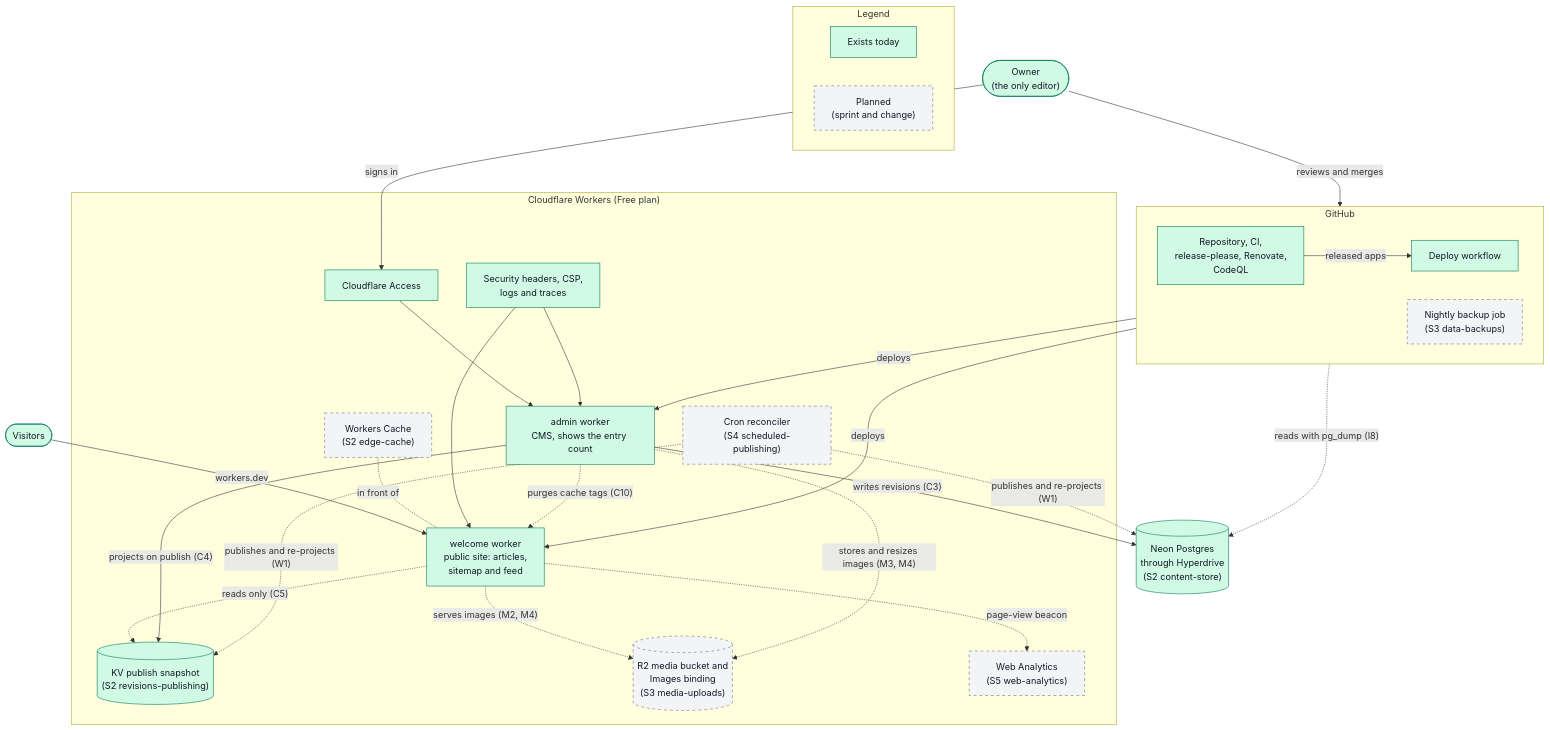
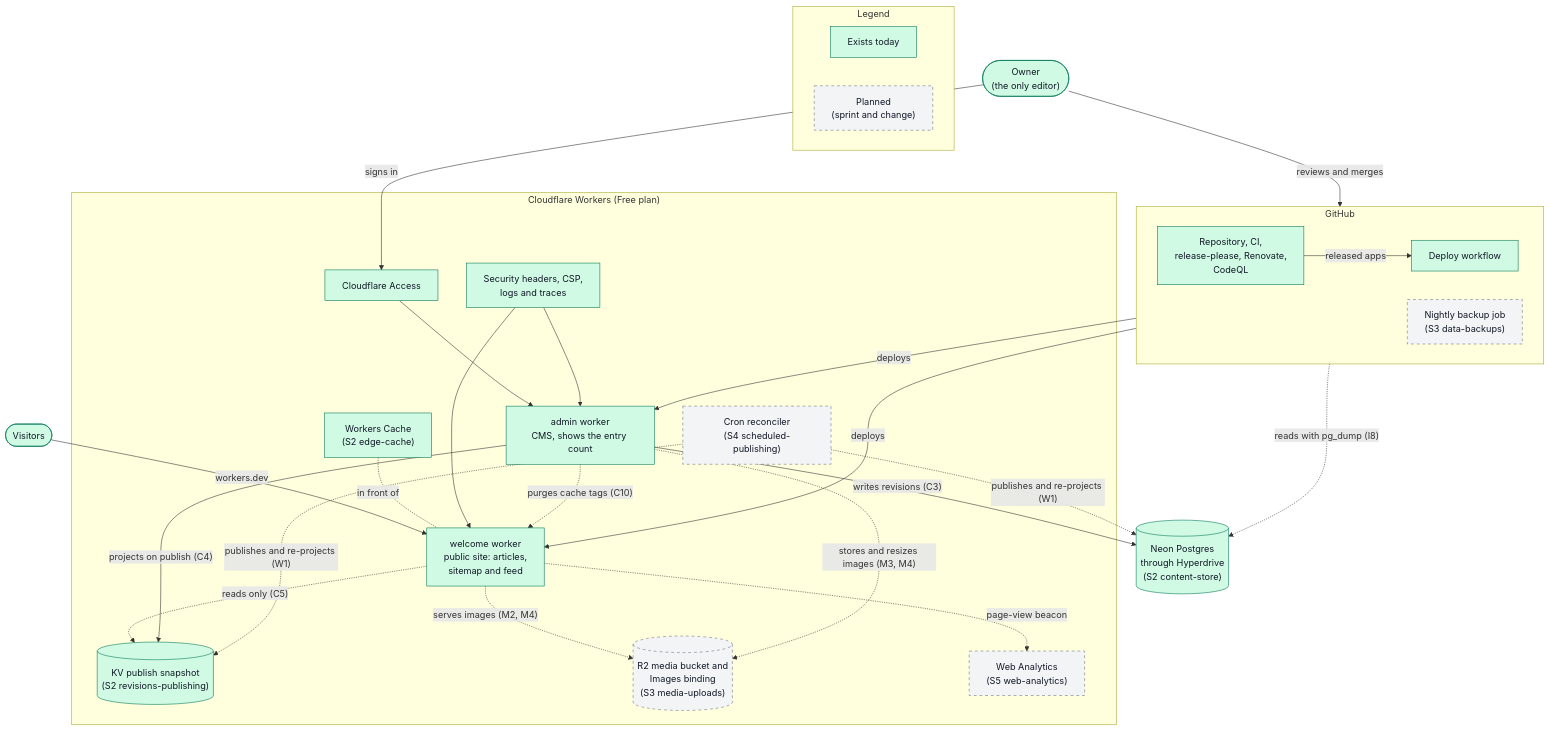
Before and after one commit to ycmcuenca/ycmcuenca-core: the first of 2 diagrams in docs/ARCHITECTURE.md, drawn with Mermaid. The commit also changed other lines of this file and 11 other files, not shown here.

First line of the commit message:
chore(openspec): archive edge-cache

````diff
--- a/docs/ARCHITECTURE.md
+++ b/docs/ARCHITECTURE.md
@@ -32,55 +32,55 @@
 ```mermaid
 flowchart TB
     owner(["Owner<br/>(the only editor)"]):::built
     visitors(["Visitors"]):::built
 
     subgraph legend["Legend"]
         direction LR
         lb["Exists today"]:::built
         lp["Planned<br/>(sprint and change)"]:::planned
     end
 
     subgraph github["GitHub"]
         direction LR
         repo["Repository, CI,<br/>release-please, Renovate,<br/>CodeQL"]:::built
         deploy["Deploy workflow"]:::built
         backup["Nightly backup job<br/>(S3 data-backups)"]:::planned
     end
 
     subgraph cf["Cloudflare Workers (Free plan)"]
         access["Cloudflare Access"]:::built
-        cache["Workers Cache<br/>(S2 edge-cache)"]:::planned
+        cache["Workers Cache<br/>(S2 edge-cache)"]:::built
         welcome["welcome worker<br/>public site: articles,<br/>sitemap and feed"]:::built
         admin["admin worker<br/>CMS, shows the entry count"]:::built
         edge["Security headers, CSP,<br/>logs and traces"]:::built
         kv[("KV publish snapshot<br/>(S2 revisions-publishing)")]:::built
         r2[("R2 media bucket and<br/>Images binding<br/>(S3 media-uploads)")]:::planned
         cron["Cron reconciler<br/>(S4 scheduled-publishing)"]:::planned
         wa["Web Analytics<br/>(S5 web-analytics)"]:::planned
     end
 
     neon[("Neon Postgres<br/>through Hyperdrive<br/>(S2 content-store)")]:::built
 
     owner -->|"reviews and merges"| repo
     repo -->|"released apps"| deploy
     deploy -->|"deploys"| welcome & admin
     backup -.->|"reads with pg_dump (I8)"| neon
 
     visitors -->|"workers.dev"| welcome
     cache -.-|"in front of"| welcome
     owner -->|"signs in"| access
     access --> admin
     edge --> welcome & admin
 
     welcome -.->|"reads only (C5)"| kv
     welcome -.->|"serves images (M2, M4)"| r2
     welcome -.->|"page-view beacon"| wa
     admin -->|"writes revisions (C3)"| neon
     admin -->|"projects on publish (C4)"| kv
     admin -.->|"stores and resizes images (M3, M4)"| r2
     admin -.->|"purges cache tags (C10)"| welcome
     cron -.->|"publishes and re-projects (W1)"| neon & kv
 
     classDef built fill:#d1fae5,stroke:#047857,color:#111827
     classDef planned fill:#f3f4f6,stroke:#6b7280,color:#111827,stroke-dasharray:5 5
 ```
````
